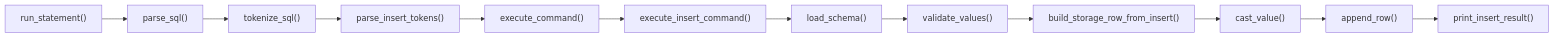
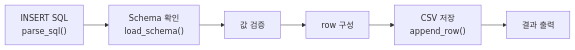
One commit to jungilyu15/Mini_SQL changed the third of 6 diagrams in README.md. Above: the diagram before and after it, drawn with Mermaid. The commit also changed other lines of this file, not shown here.

First line of the commit message:
Revise project execution flow and data handling details

````diff
--- a/README.md
+++ b/README.md
@@ -193,14 +175,8 @@
 ```mermaid
 flowchart LR
-    A["run_statement()"] --> B["parse_sql()"]
-    B --> C["tokenize_sql()"]
-    C --> D["parse_insert_tokens()"]
-    D --> E["execute_command()"]
-    E --> F["execute_insert_command()"]
-    F --> G["load_schema()"]
-    G --> H["validate_values()"]
-    H --> I["build_storage_row_from_insert()"]
-    I --> J["cast_value()"]
-    J --> K["append_row()"]
-    K --> L["print_insert_result()"]
+    A["INSERT SQL<br/>parse_sql()"] --> B["Schema 확인<br/>load_schema()"]
+    B --> C["값 검증"]
+    C --> D["row 구성"]
+    D --> E["CSV 저장<br/>append_row()"]
+    E --> F["결과 출력"]
 ```
````
